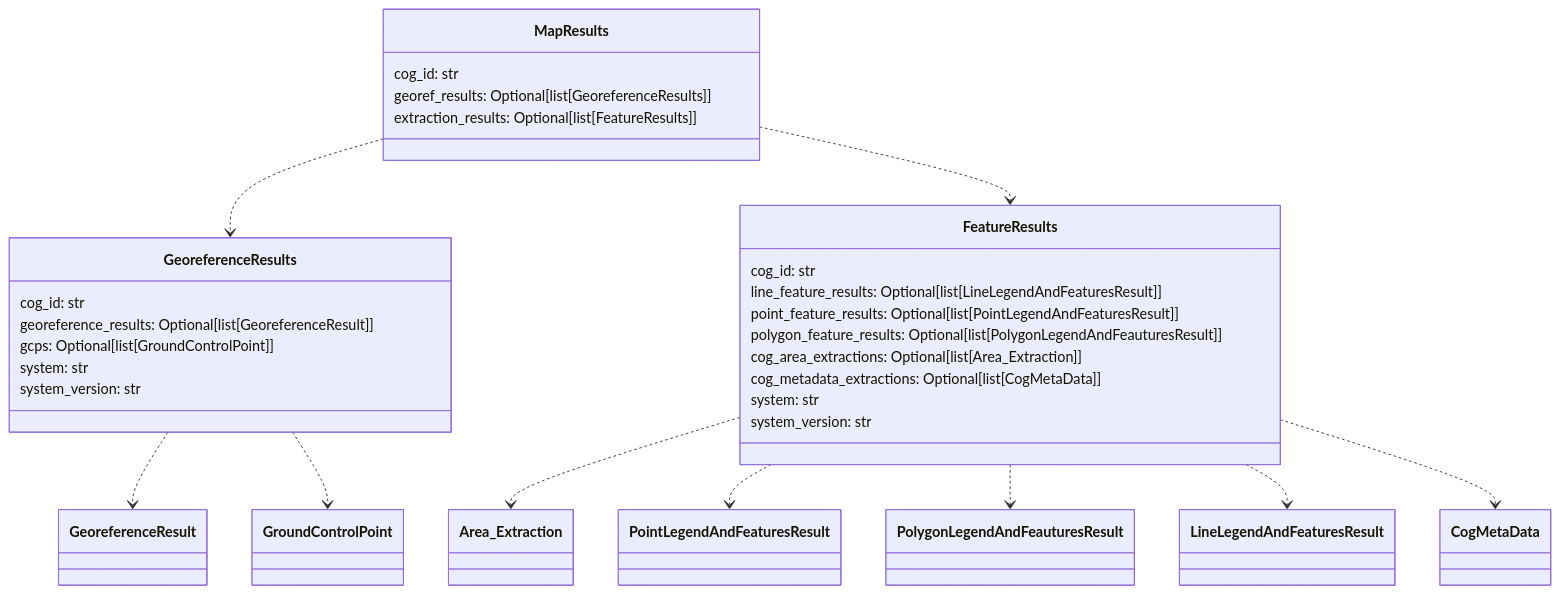
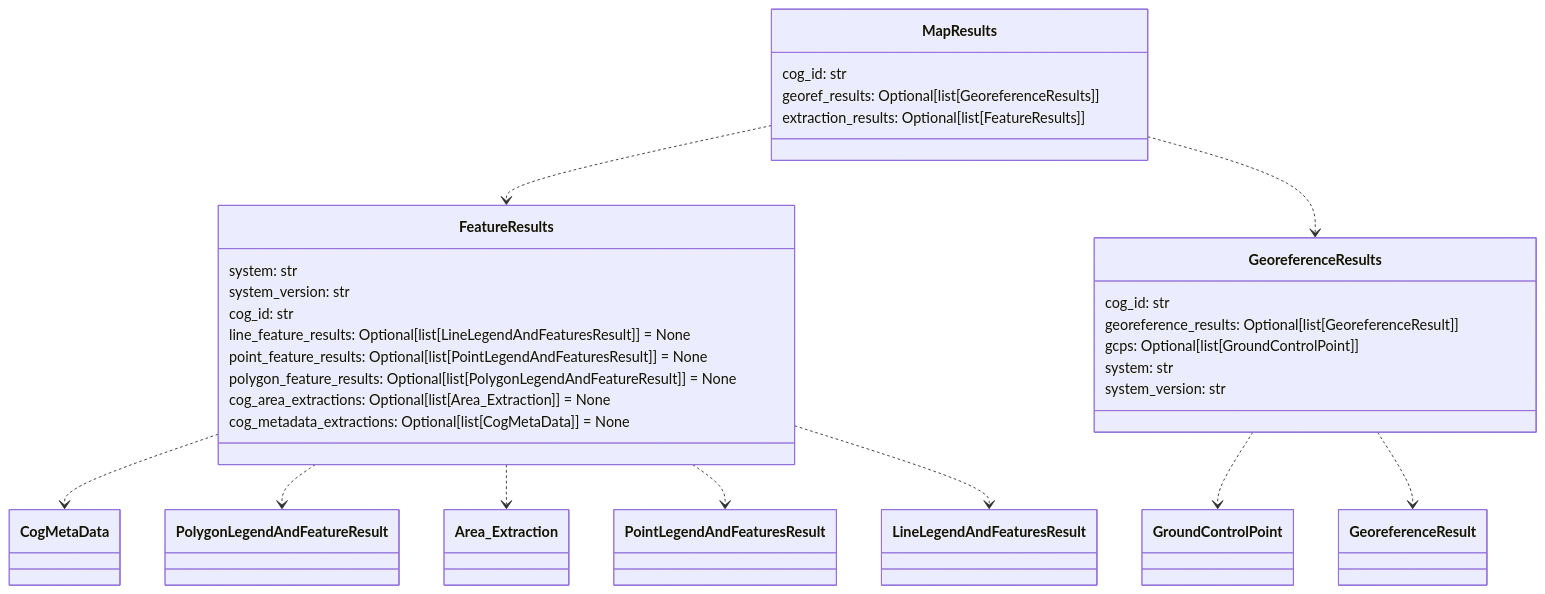
One commit to DARPA-CRITICALMAAS/cdr_schemas changed diagram 11 of 12 in README.md. Above: the diagram before and after it, drawn with Mermaid. The commit also changed other lines of this file and 2 other files, not shown here.

````diff
--- a/README.md
+++ b/README.md
@@ -863,40 +865,40 @@
 ```mermaid
 classDiagram
+
+    class FeatureResults {
+        system: str
+        system_version: str
+        cog_id: str
+        line_feature_results: Optional[list[LineLegendAndFeaturesResult]] = None
+        point_feature_results: Optional[list[PointLegendAndFeaturesResult]] = None
+        polygon_feature_results: Optional[list[PolygonLegendAndFeatureResult]] = None
+        cog_area_extractions: Optional[list[Area_Extraction]] = None
+        cog_metadata_extractions: Optional[list[CogMetaData]] = None
+    }
 
     class GeoreferenceResults {
         cog_id: str
         georeference_results: Optional[list[GeoreferenceResult]]
         gcps: Optional[list[GroundControlPoint]]
-        system: str
-        system_version: str
-    }
-
-    class FeatureResults {
-        cog_id: str
-        line_feature_results: Optional[list[LineLegendAndFeaturesResult]]
-        point_feature_results: Optional[list[PointLegendAndFeaturesResult]]
-        polygon_feature_results: Optional[list[PolygonLegendAndFeauturesResult]]
-        cog_area_extractions: Optional[list[Area_Extraction]]
-        cog_metadata_extractions: Optional[list[CogMetaData]]
         system: str
         system_version: str
     }
 
     class MapResults {
         cog_id: str
         georef_results: Optional[list[GeoreferenceResults]]
         extraction_results: Optional[list[FeatureResults]]
     }
 
+    FeatureResults ..> CogMetaData
+    FeatureResults ..> PolygonLegendAndFeatureResult
     FeatureResults ..> Area_Extraction
     FeatureResults ..> PointLegendAndFeaturesResult
-    FeatureResults ..> PolygonLegendAndFeauturesResult
     FeatureResults ..> LineLegendAndFeaturesResult
-    FeatureResults ..> CogMetaData
+    GeoreferenceResults ..> GroundControlPoint
     GeoreferenceResults ..> GeoreferenceResult
-    GeoreferenceResults ..> GroundControlPoint
+    MapResults ..> FeatureResults
     MapResults ..> GeoreferenceResults
-    MapResults ..> FeatureResults
 
 
 ```
````
